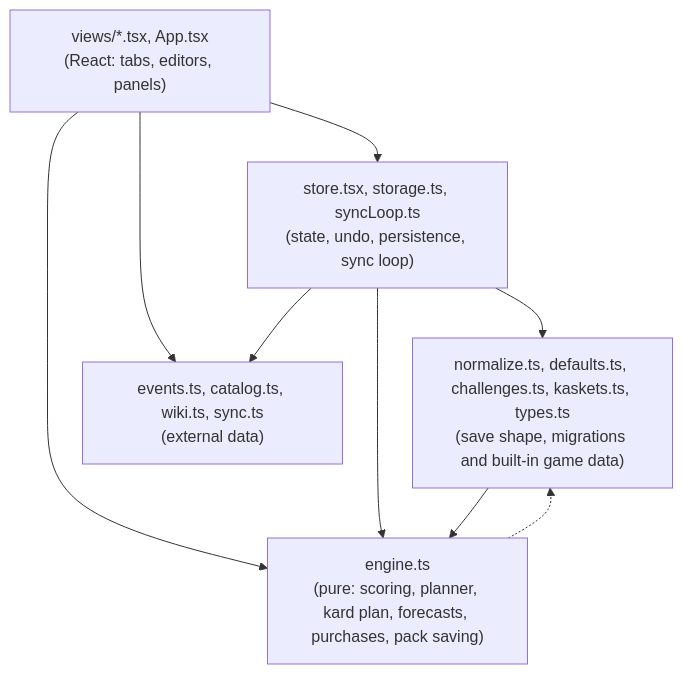
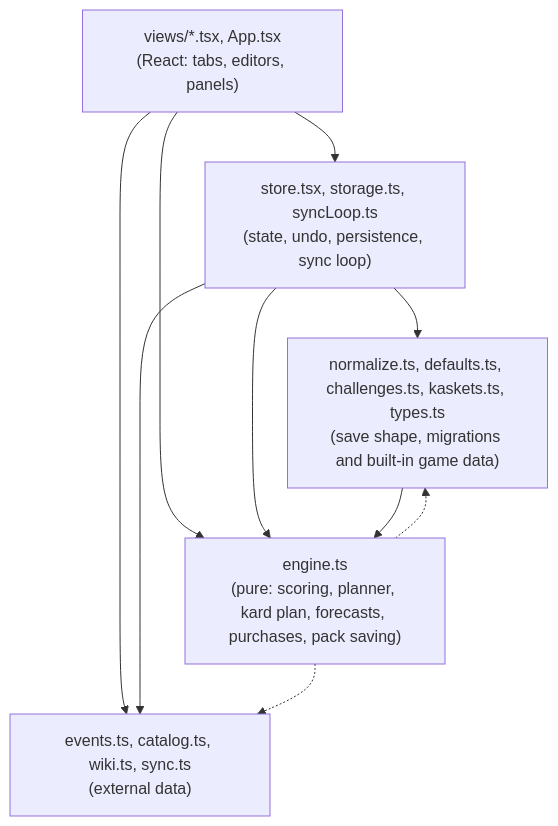
Before and after one commit to Simba3696/mkmax: the second of 3 diagrams in docs/architecture.md, drawn with Mermaid. The commit also changed other lines of this file and 14 other files, not shown here.

````diff
--- a/docs/architecture.md
+++ b/docs/architecture.md
@@ -31,16 +31,17 @@
 ```mermaid
 flowchart TB
   Views["views/*.tsx, App.tsx<br/>(React: tabs, editors, panels)"]
   Store["store.tsx, storage.ts, syncLoop.ts<br/>(state, undo, persistence, sync loop)"]
   Engine["engine.ts<br/>(pure: scoring, planner, kard plan, forecasts, purchases, pack saving)"]
   Data["normalize.ts, defaults.ts, challenges.ts, kaskets.ts, types.ts<br/>(save shape, migrations and built-in game data)"]
   Ext["events.ts, catalog.ts, wiki.ts, sync.ts<br/>(external data)"]
   Views --> Store
   Views --> Engine
   Views --> Ext
   Store --> Data
   Store --> Engine
   Store --> Ext
   Data --> Engine
   Engine -.-> Data
+  Engine -.-> Ext
 ```
````
